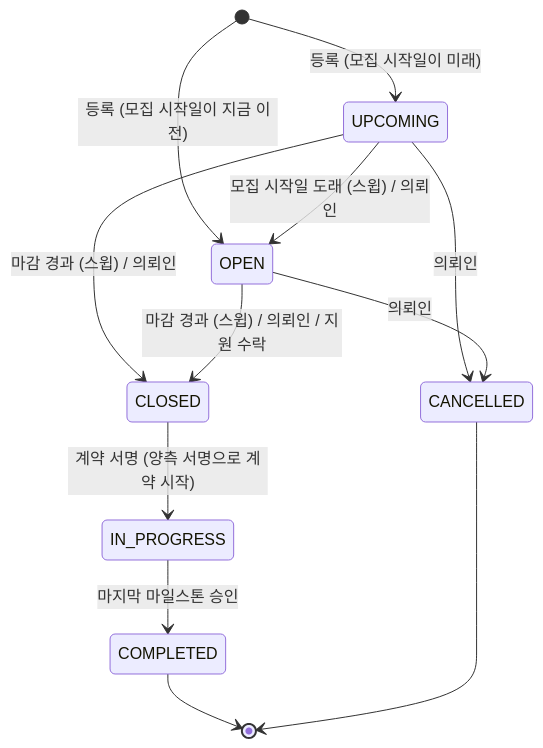
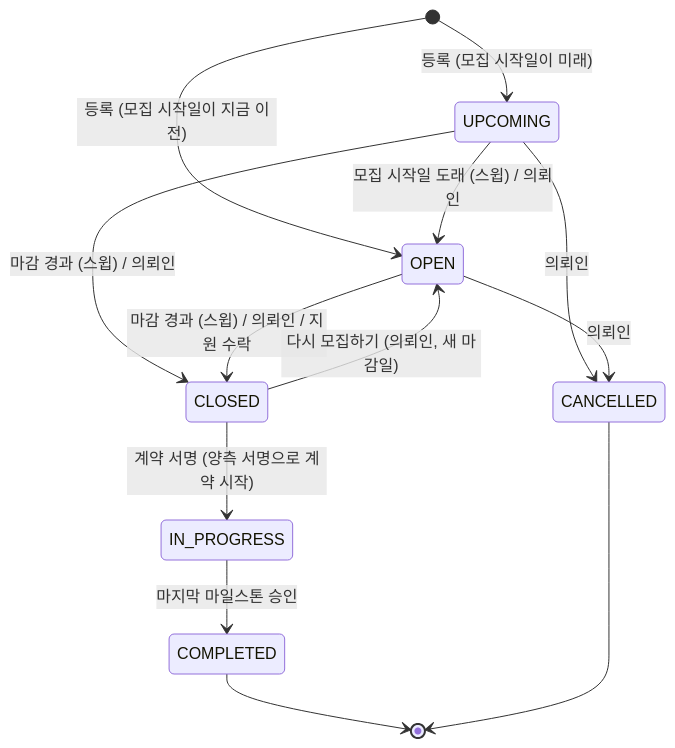
One commit to jonghoon24/workbridge changed the first of 3 diagrams in docs/domain/projects-contracts.md. Above: the diagram before and after it, drawn with Mermaid. The commit also changed other lines of this file and 74 other files, not shown here.

````diff
--- a/docs/domain/projects-contracts.md
+++ b/docs/domain/projects-contracts.md
@@ -9,14 +10,15 @@
 ```mermaid
 stateDiagram-v2
     [*] --> UPCOMING: 등록 (모집 시작일이 미래)
     [*] --> OPEN: 등록 (모집 시작일이 지금 이전)
     UPCOMING --> OPEN: 모집 시작일 도래 (스윕) / 의뢰인
     UPCOMING --> CLOSED: 마감 경과 (스윕) / 의뢰인
     OPEN --> CLOSED: 마감 경과 (스윕) / 의뢰인 / 지원 수락
+    CLOSED --> OPEN: 다시 모집하기 (의뢰인, 새 마감일)
     UPCOMING --> CANCELLED: 의뢰인
     OPEN --> CANCELLED: 의뢰인
     CLOSED --> IN_PROGRESS: 계약 서명 (양측 서명으로 계약 시작)
     IN_PROGRESS --> COMPLETED: 마지막 마일스톤 승인
     COMPLETED --> [*]
     CANCELLED --> [*]
 ```
````
